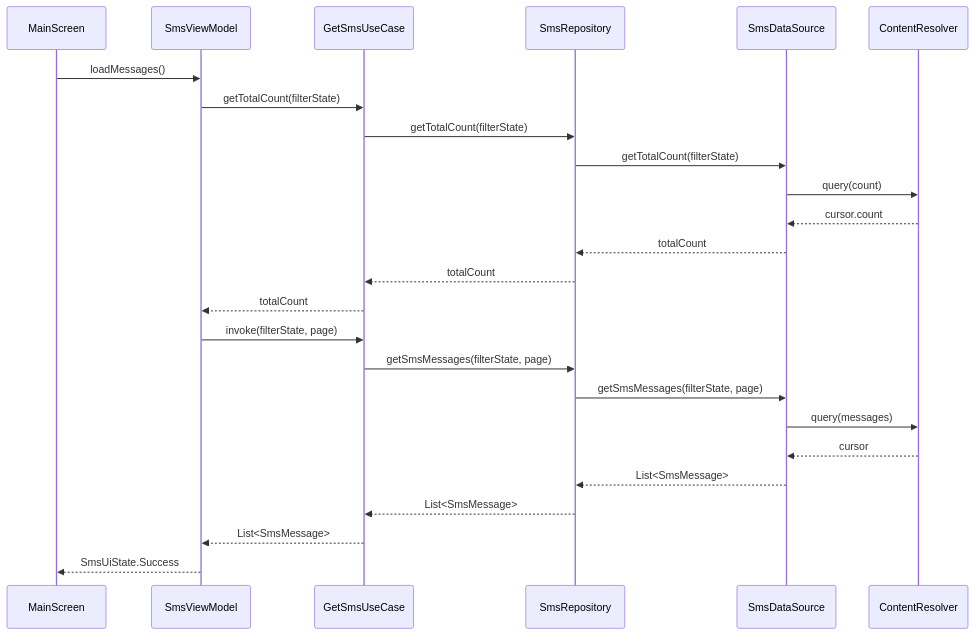
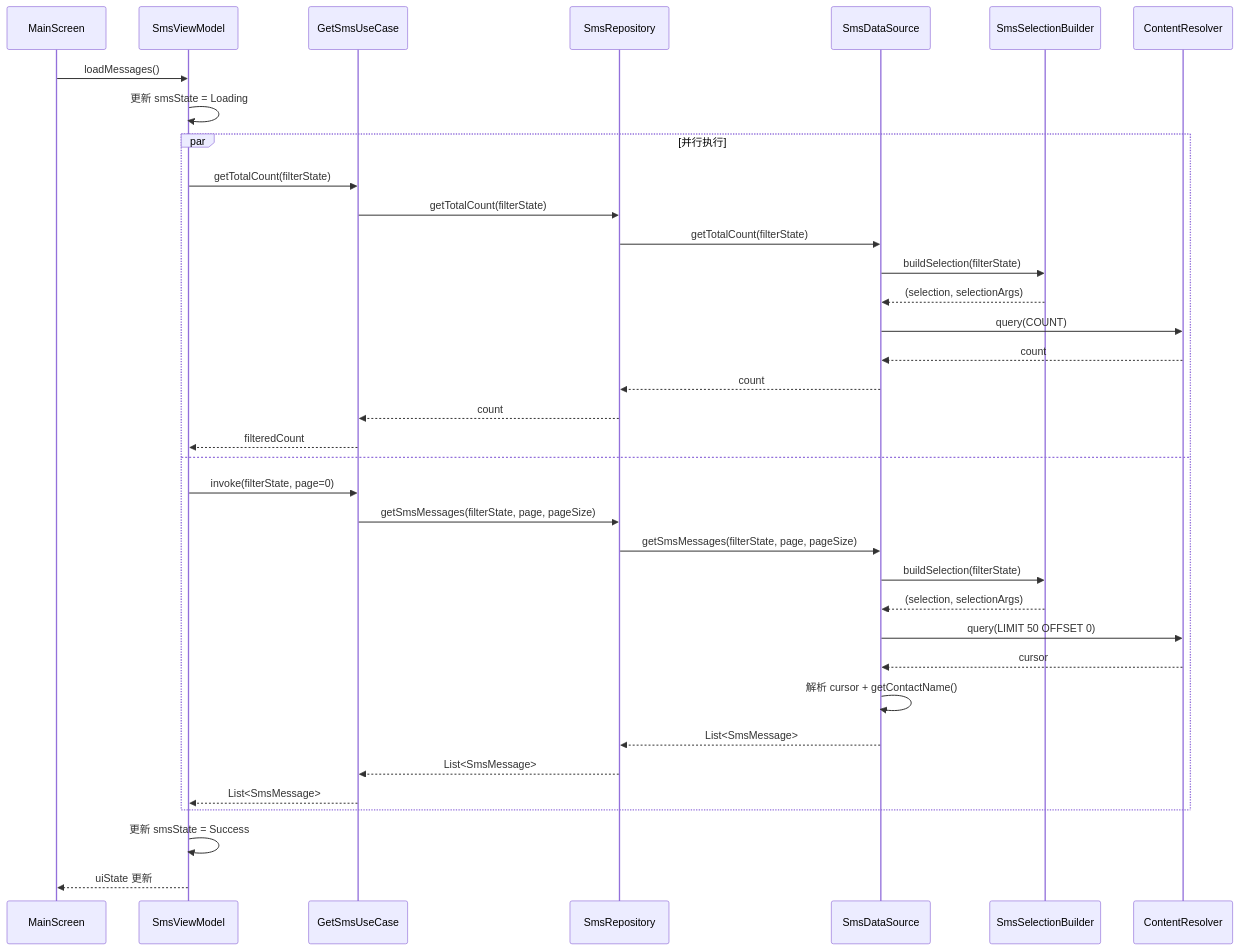
The second of 5 diagrams in docs/ARCHITECTURE.md (yuameshi/sms-cleaner), drawn with Mermaid before and after one commit. The commit also changed other lines of this file and 10 other files, not shown here.

````diff
--- a/docs/ARCHITECTURE.md
+++ b/docs/ARCHITECTURE.md
@@ -163,30 +289,41 @@
 ```mermaid
 sequenceDiagram
-    participant UI as MainScreen
-    participant VM as SmsViewModel
-    participant UC as GetSmsUseCase
-    participant Repo as SmsRepository
-    participant DS as SmsDataSource
-    participant CR as ContentResolver
-    
-    UI->>VM: loadMessages()
-    VM->>UC: getTotalCount(filterState)
-    UC->>Repo: getTotalCount(filterState)
-    Repo->>DS: getTotalCount(filterState)
-    DS->>CR: query(count)
-    CR-->>DS: cursor.count
-    DS-->>Repo: totalCount
-    Repo-->>UC: totalCount
-    UC-->>VM: totalCount
-    
-    VM->>UC: invoke(filterState, page)
-    UC->>Repo: getSmsMessages(filterState, page)
-    Repo->>DS: getSmsMessages(filterState, page)
-    DS->>CR: query(messages)
-    CR-->>DS: cursor
-    DS-->>Repo: List<SmsMessage>
-    Repo-->>UC: List<SmsMessage>
-    UC-->>VM: List<SmsMessage>
-    
-    VM-->>UI: SmsUiState.Success
+    participant MainScreen
+    participant SmsViewModel
+    participant GetSmsUseCase
+    participant SmsRepository
+    participant SmsDataSource
+    participant SmsSelectionBuilder
+    participant ContentResolver
+
+    MainScreen->>SmsViewModel: loadMessages()
+    SmsViewModel->>SmsViewModel: 更新 smsState = Loading
+
+    par 并行执行
+        SmsViewModel->>GetSmsUseCase: getTotalCount(filterState)
+        GetSmsUseCase->>SmsRepository: getTotalCount(filterState)
+        SmsRepository->>SmsDataSource: getTotalCount(filterState)
+        SmsDataSource->>SmsSelectionBuilder: buildSelection(filterState)
+        SmsSelectionBuilder-->>SmsDataSource: (selection, selectionArgs)
+        SmsDataSource->>ContentResolver: query(COUNT)
+        ContentResolver-->>SmsDataSource: count
+        SmsDataSource-->>SmsRepository: count
+        SmsRepository-->>GetSmsUseCase: count
+        GetSmsUseCase-->>SmsViewModel: filteredCount
+    and
+        SmsViewModel->>GetSmsUseCase: invoke(filterState, page=0)
+        GetSmsUseCase->>SmsRepository: getSmsMessages(filterState, page, pageSize)
+        SmsRepository->>SmsDataSource: getSmsMessages(filterState, page, pageSize)
+        SmsDataSource->>SmsSelectionBuilder: buildSelection(filterState)
+        SmsSelectionBuilder-->>SmsDataSource: (selection, selectionArgs)
+        SmsDataSource->>ContentResolver: query(LIMIT 50 OFFSET 0)
+        ContentResolver-->>SmsDataSource: cursor
+        SmsDataSource->>SmsDataSource: 解析 cursor + getContactName()
+        SmsDataSource-->>SmsRepository: List<SmsMessage>
+        SmsRepository-->>GetSmsUseCase: List<SmsMessage>
+        GetSmsUseCase-->>SmsViewModel: List<SmsMessage>
+    end
+
+    SmsViewModel->>SmsViewModel: 更新 smsState = Success
+    SmsViewModel-->>MainScreen: uiState 更新
 ```
````
